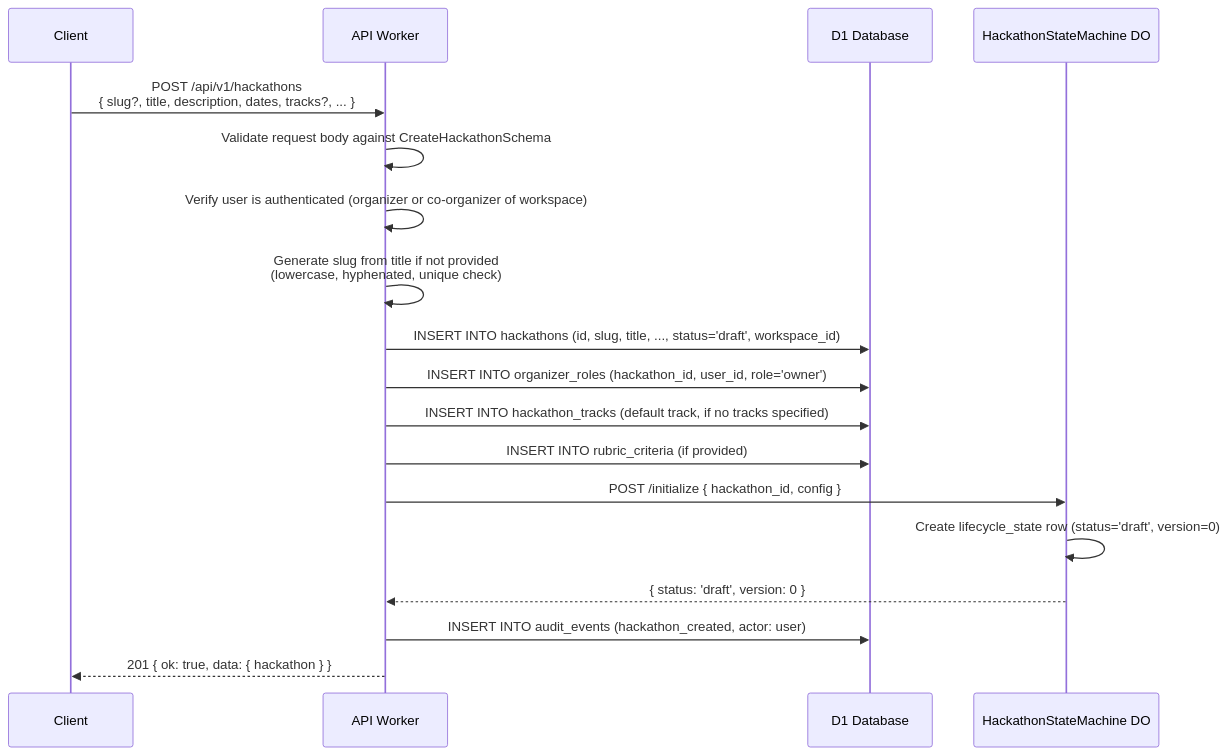
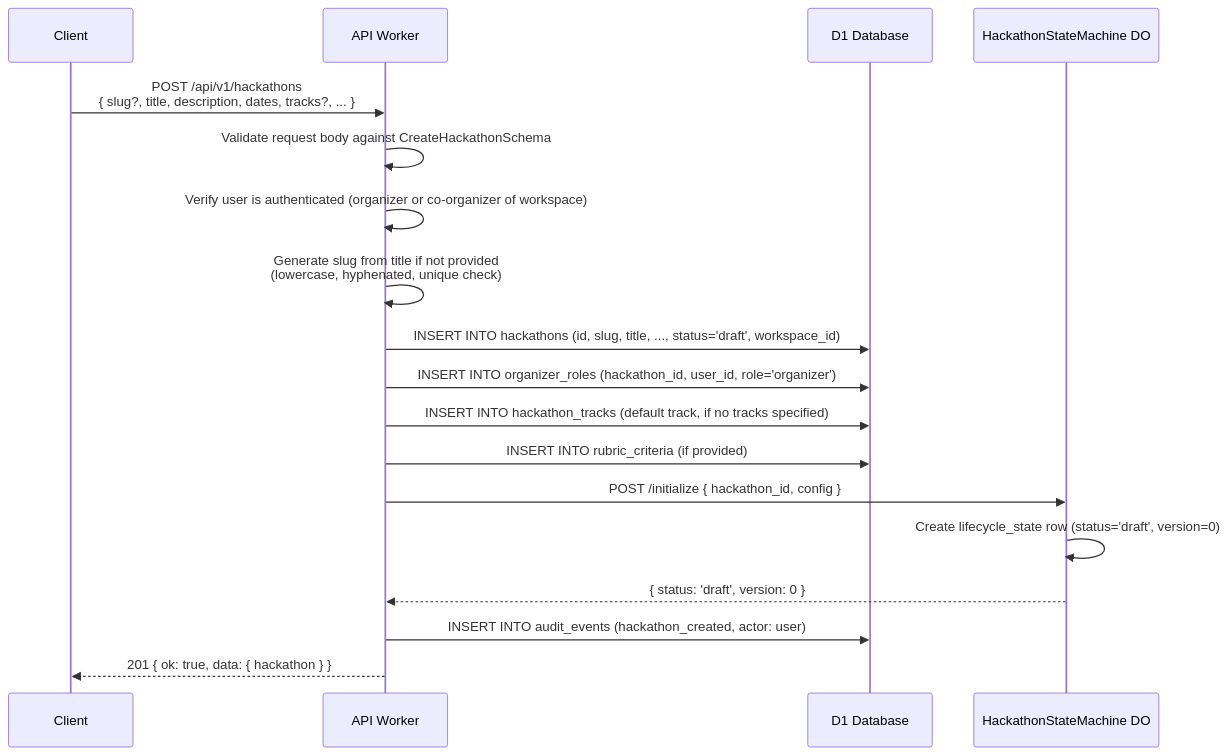
Before and after one commit to devangshupandey2025-stack/DevSage: the third of 7 diagrams in docs/v3/planned/hackathon-lifecycle.md, drawn with Mermaid. The commit also changed other lines of this file and 2 other files, not shown here.

First line of the commit message:
docs(core): fix canonical role names in lifecycle, roles, and team management docs

````diff
--- a/docs/v3/planned/hackathon-lifecycle.md
+++ b/docs/v3/planned/hackathon-lifecycle.md
@@ -229,24 +229,24 @@
 ```mermaid
 sequenceDiagram
     participant C as Client
     participant W as API Worker
     participant D1 as D1 Database
     participant DO as HackathonStateMachine DO
 
     C->>W: POST /api/v1/hackathons<br/>{ slug?, title, description, dates, tracks?, ... }
     W->>W: Validate request body against CreateHackathonSchema
     W->>W: Verify user is authenticated (organizer or co-organizer of workspace)
     W->>W: Generate slug from title if not provided<br/>(lowercase, hyphenated, unique check)
 
     W->>D1: INSERT INTO hackathons (id, slug, title, ..., status='draft', workspace_id)
-    W->>D1: INSERT INTO organizer_roles (hackathon_id, user_id, role='owner')
+    W->>D1: INSERT INTO organizer_roles (hackathon_id, user_id, role='organizer')
     W->>D1: INSERT INTO hackathon_tracks (default track, if no tracks specified)
     W->>D1: INSERT INTO rubric_criteria (if provided)
 
     W->>DO: POST /initialize { hackathon_id, config }
     DO->>DO: Create lifecycle_state row (status='draft', version=0)
     DO-->>W: { status: 'draft', version: 0 }
 
     W->>D1: INSERT INTO audit_events (hackathon_created, actor: user)
     W-->>C: 201 { ok: true, data: { hackathon } }
 ```
````
